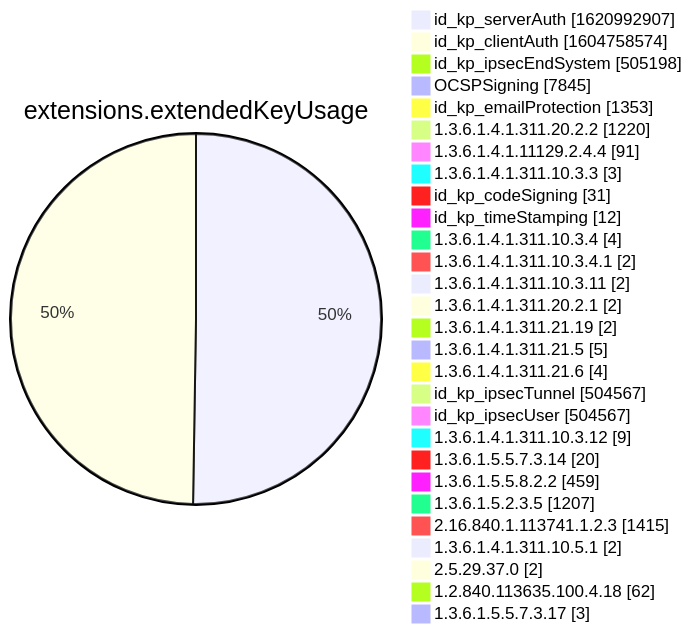
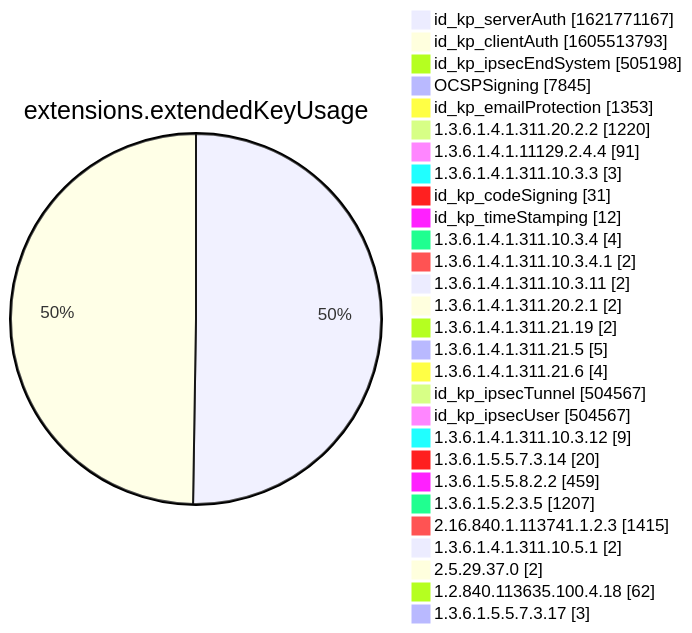
Diagram 12 of 15 in xenon2022/README.md (christiankrug/ctmonitor_visualization), drawn with Mermaid before and after one commit. The commit also changed other lines of this file, not shown here.

````diff
--- a/xenon2022/README.md
+++ b/xenon2022/README.md
@@ -3886,32 +3886,32 @@
 ```mermaid
 pie showData
 title extensions.extendedKeyUsage
-"id_kp_serverAuth" :1620992907
-"id_kp_clientAuth" :1604758574
+"id_kp_serverAuth" :1621771167
+"id_kp_clientAuth" :1605513793
 "id_kp_ipsecEndSystem" :505198
 "OCSPSigning" :7845
 "id_kp_emailProtection" :1353
 "1.3.6.1.4.1.311.20.2.2" :1220
 "1.3.6.1.4.1.11129.2.4.4" :91
 "1.3.6.1.4.1.311.10.3.3" :3
 "id_kp_codeSigning" :31
 "id_kp_timeStamping" :12
 "1.3.6.1.4.1.311.10.3.4" :4
 "1.3.6.1.4.1.311.10.3.4.1" :2
 "1.3.6.1.4.1.311.10.3.11" :2
 "1.3.6.1.4.1.311.20.2.1" :2
 "1.3.6.1.4.1.311.21.19" :2
 "1.3.6.1.4.1.311.21.5" :5
 "1.3.6.1.4.1.311.21.6" :4
 "id_kp_ipsecTunnel" :504567
 "id_kp_ipsecUser" :504567
 "1.3.6.1.4.1.311.10.3.12" :9
 "1.3.6.1.5.5.7.3.14" :20
 "1.3.6.1.5.5.8.2.2" :459
 "1.3.6.1.5.2.3.5" :1207
 "2.16.840.1.113741.1.2.3" :1415
 "1.3.6.1.4.1.311.10.5.1" :2
 "2.5.29.37.0" :2
 "1.2.840.113635.100.4.18" :62
 "1.3.6.1.5.5.7.3.17" :3
 ```
````
